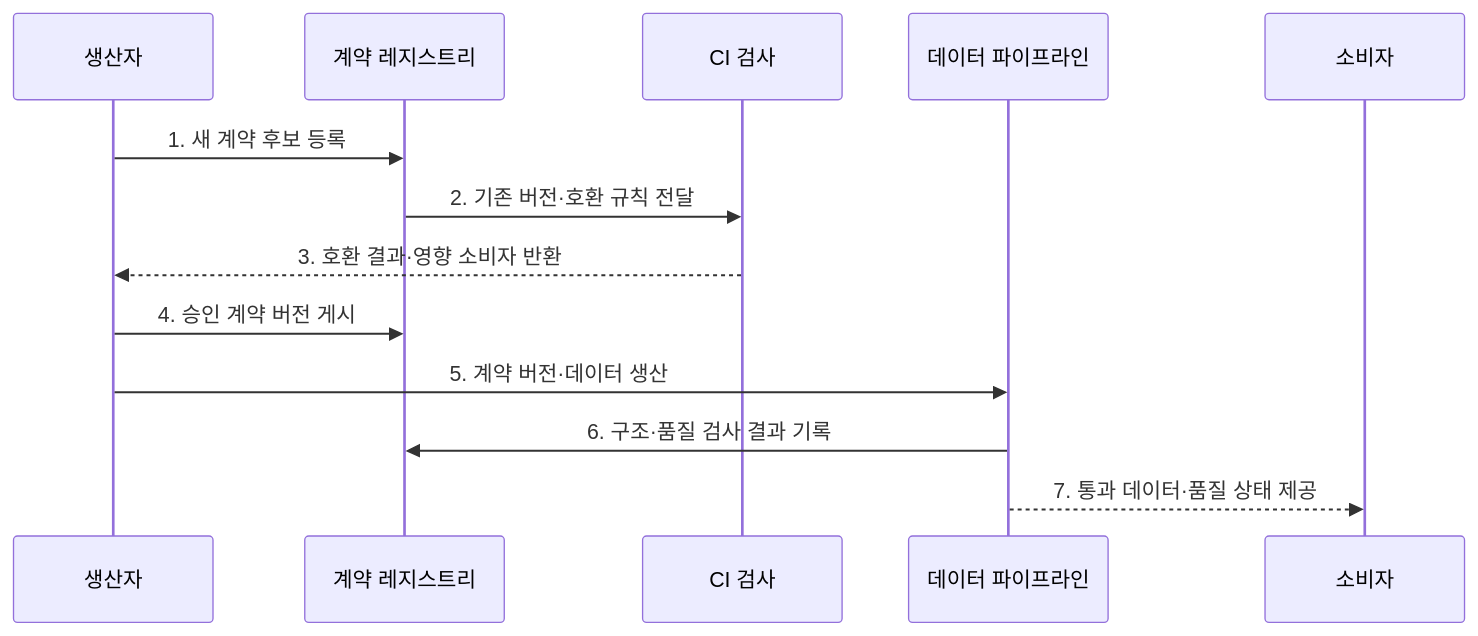
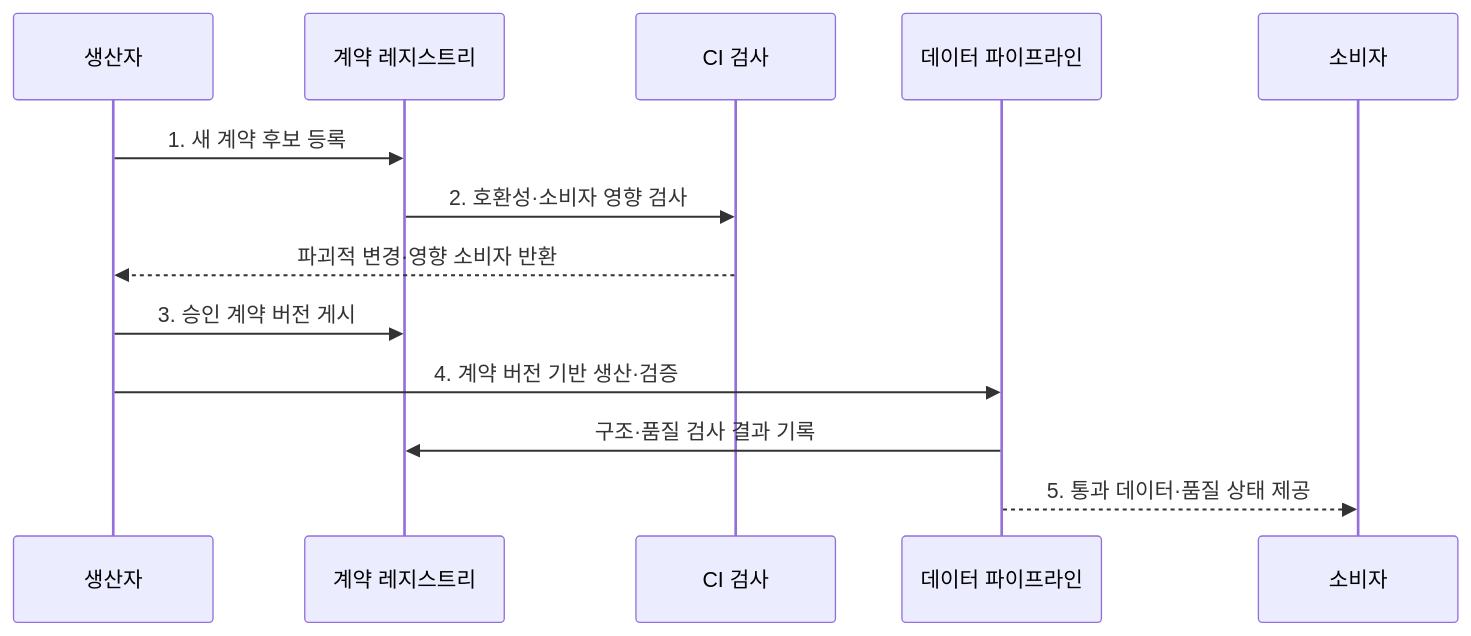
One commit to agnusdei1207/knowledge-base changed the second of 2 diagrams in src/content/docs/notes/03-software/140_data_contract.md. Above: the diagram before and after it, drawn with Mermaid. The commit also changed other lines of this file and 238 other files, not shown here.

````diff
--- a/src/content/docs/notes/03-software/140_data_contract.md
+++ b/src/content/docs/notes/03-software/140_data_contract.md
@@ -80,15 +80,15 @@
 ```mermaid
 sequenceDiagram
     participant P as 생산자
     participant R as 계약 레지스트리
     participant C as CI 검사
     participant V as 데이터 파이프라인
     participant U as 소비자
     P->>R: 1. 새 계약 후보 등록
-    R->>C: 2. 기존 버전·호환 규칙 전달
-    C-->>P: 3. 호환 결과·영향 소비자 반환
-    P->>R: 4. 승인 계약 버전 게시
-    P->>V: 5. 계약 버전·데이터 생산
-    V->>R: 6. 구조·품질 검사 결과 기록
-    V-->>U: 7. 통과 데이터·품질 상태 제공
+    R->>C: 2. 호환성·소비자 영향 검사
+    C-->>P: 파괴적 변경·영향 소비자 반환
+    P->>R: 3. 승인 계약 버전 게시
+    P->>V: 4. 계약 버전 기반 생산·검증
+    V->>R: 구조·품질 검사 결과 기록
+    V-->>U: 5. 통과 데이터·품질 상태 제공
 ```
````
